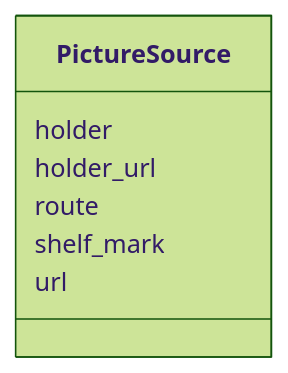
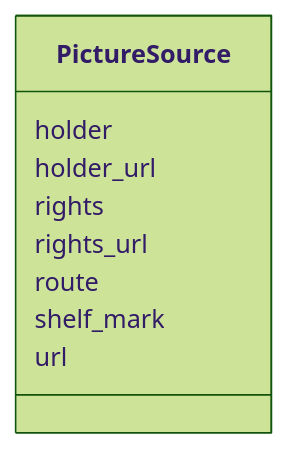
One commit to dsmedia/pruzhany-schema changed the diagram in linkml/generated/docs/pages/PictureSource.md. Above: the diagram before and after it, drawn with Mermaid (forest theme). The commit also changed other lines of this file and 42 other files, not shown here.

First line of the commit message:
Add picture-source rights and page IIIF image services

````diff
--- a/linkml/generated/docs/pages/PictureSource.md
+++ b/linkml/generated/docs/pages/PictureSource.md
@@ -23,16 +23,20 @@
 ```mermaid
  classDiagram
     class PictureSource
     click PictureSource href "../PictureSource/"
       PictureSource : holder
         
       PictureSource : holder_url
+        
+      PictureSource : rights
+        
+      PictureSource : rights_url
         
       PictureSource : route
         
       PictureSource : shelf_mark
         
       PictureSource : url
         
       
 ```
````
